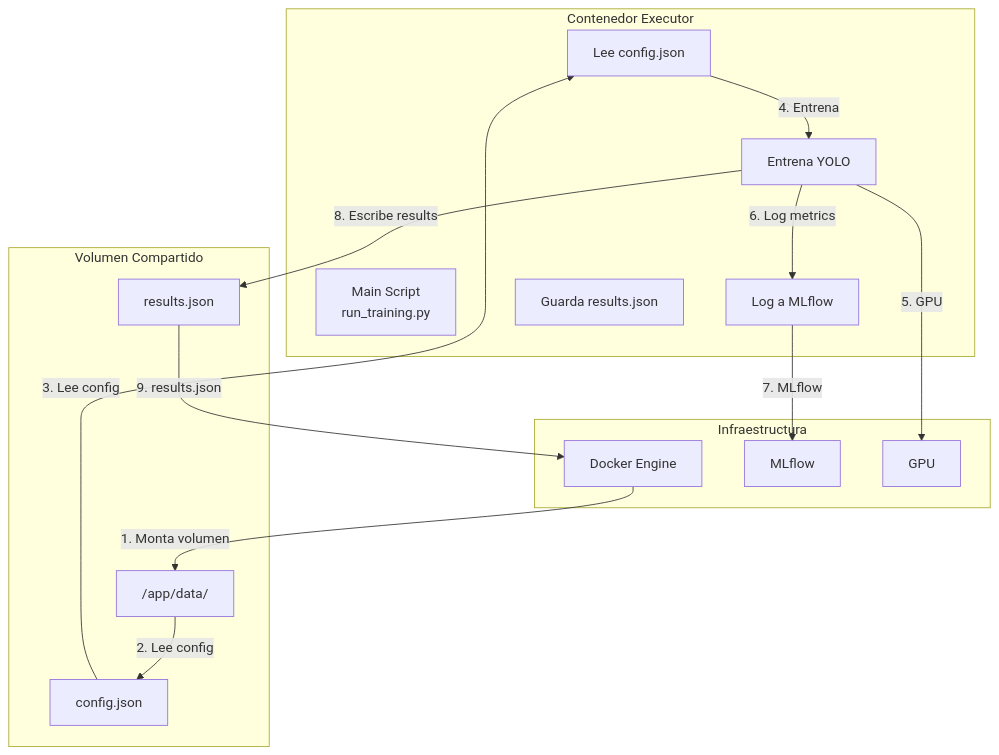
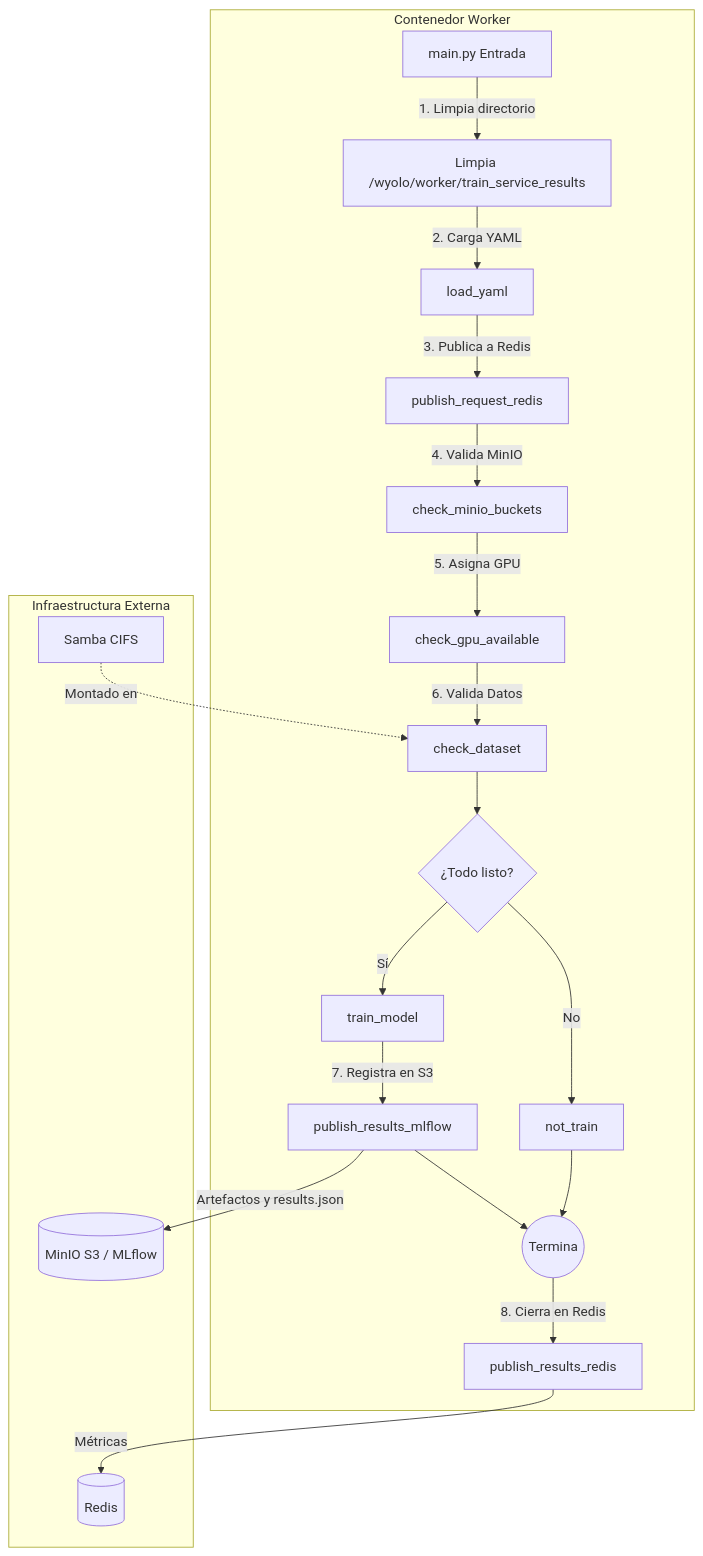
The diagram in README.md (wisrovi/wyoloservice2_worker), drawn with Mermaid before and after one commit. The commit also changed other lines of this file, not shown here.

Commit message:
docs: update worker README.md to describe v2.0 architecture, templates, and pipelines

````diff
--- a/README.md
+++ b/README.md
@@ -9,32 +11,26 @@
 ```mermaid
 flowchart TD
-    subgraph "Contenedor Executor"
-        M[Main Script<br/>run_training.py]
-        C[Lee config.json]
-        T[Entrena YOLO]
-        L[Log a MLflow]
-        S[Guarda results.json]
+    subgraph Contenedor_Worker [Contenedor Worker]
+        M[main.py Entrada] -->|1. Limpia directorio| C[Limpia /wyolo/worker/train_service_results]
+        C -->|2. Carga YAML| L[load_yaml]
+        L -->|3. Publica a Redis| PR[publish_request_redis]
+        PR -->|4. Valida MinIO| MIN[check_minio_buckets]
+        MIN -->|5. Asigna GPU| GPU[check_gpu_available]
+        GPU -->|6. Valida Datos| DS[check_dataset]
+        
+        DS --> Dec{¿Todo listo?}
+        Dec -->|Sí| T[train_model]
+        Dec -->|No| NT[not_train]
+        
+        T -->|7. Registra en S3| PML[publish_results_mlflow]
+        PML --> End((Termina))
+        NT --> End
+        End -->|8. Cierra en Redis| RED[publish_results_redis]
     end
 
-    subgraph "Volumen Compartido"
-        V["/app/data/"]
-        VC[config.json]
-        VR[results.json]
+    subgraph Host_y_Servicios [Infraestructura Externa]
+        SM[Samba CIFS] -.->|Montado en| DS
+        RED -->|Métricas| R[(Redis)]
+        PML -->|Artefactos y results.json| MINIO[(MinIO S3 / MLflow)]
     end
-
-    subgraph "Infraestructura"
-        D[Docker Engine]
-        ML[MLflow]
-        GPU[GPU]
-    end
-
-    D -->|1. Monta volumen| V
-    V -->|2. Lee config| VC
-    VC -->|3. Lee config| C
-    C -->|4. Entrena| T
-    T -->|5. GPU| GPU
-    T -->|6. Log metrics| L
-    L -->|7. MLflow| ML
-    T -->|8. Escribe results| VR
-    VR -->|9. results.json| D
 ```
````
